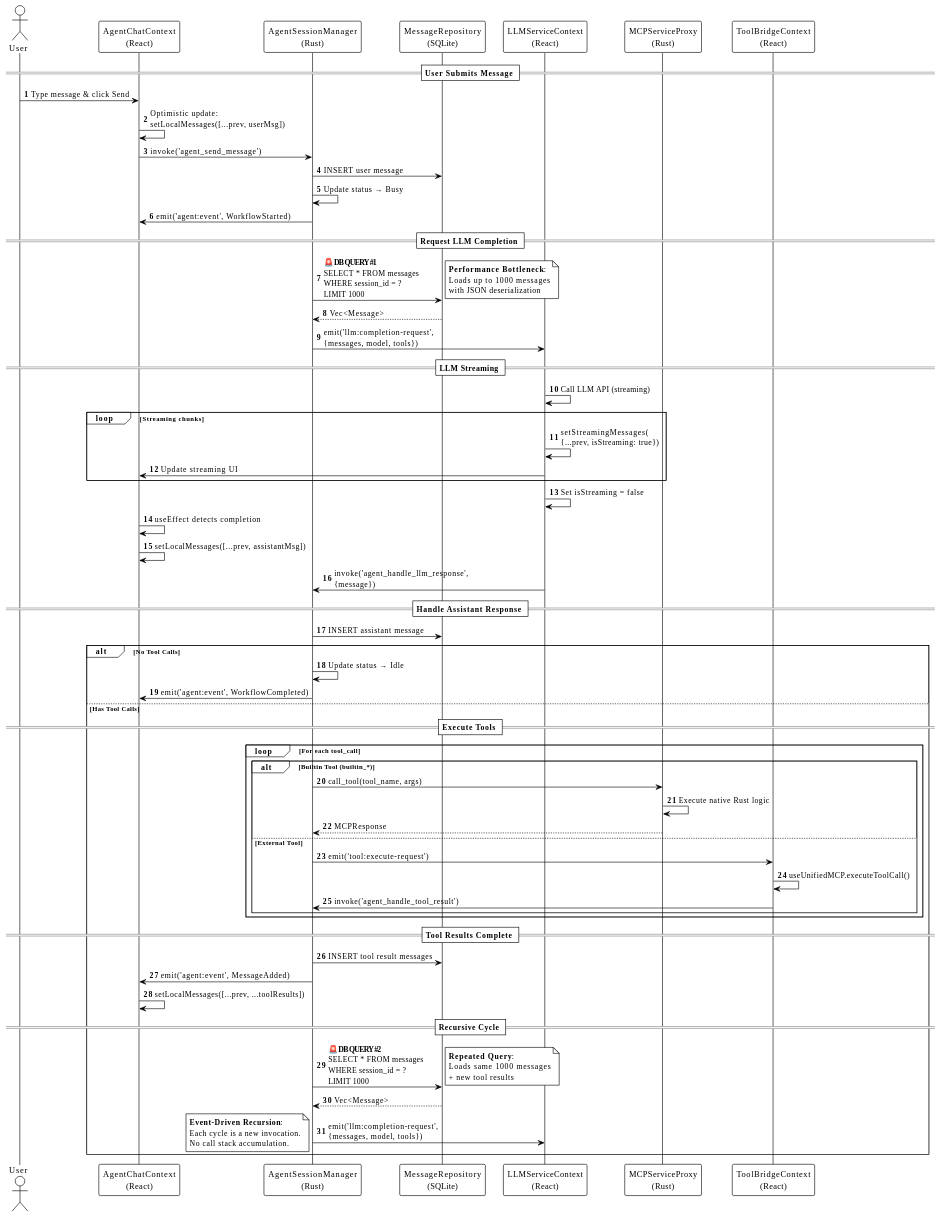
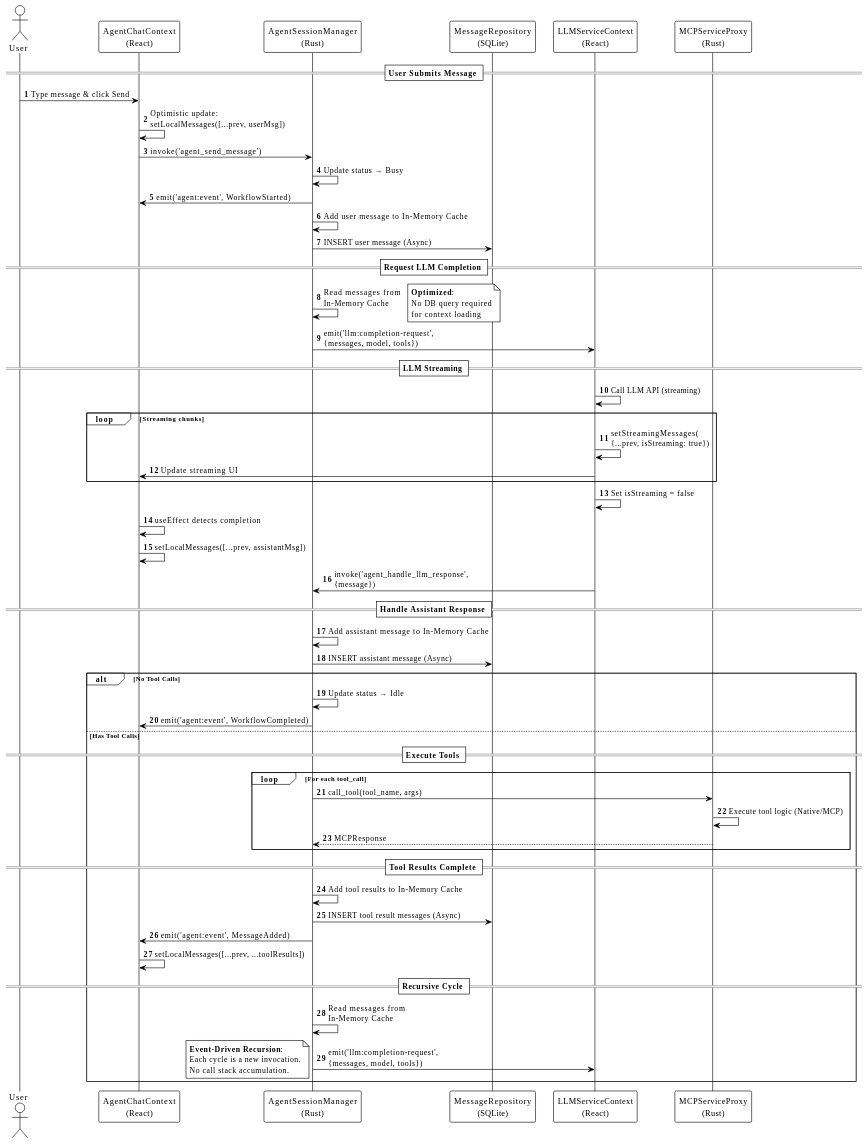
Before and after one commit to fritzprix/libr-agent: the second of 4 diagrams in docs/architecture/agent-workflow-architecture.md, drawn with PlantUML. The commit also changed other lines of this file and 12 other files, not shown here.

Commit message:
docs: add browser error handling and agent workflow architecture documentation.

```diff
--- a/docs/architecture/agent-workflow-architecture.md
+++ b/docs/architecture/agent-workflow-architecture.md
@@ -134,24 +128,23 @@
 participant "MessageRepository\n(SQLite)" as MsgRepo
 participant "LLMServiceContext\n(React)" as LLMCtx
 participant "MCPServiceProxy\n(Rust)" as MCP
-participant "ToolBridgeContext\n(React)" as ToolCtx
 
 == User Submits Message ==
 User -> ChatCtx: Type message & click Send
 ChatCtx -> ChatCtx: Optimistic update:\nsetLocalMessages([...prev, userMsg])
 ChatCtx -> ASM: invoke('agent_send_message')
-ASM -> MsgRepo: INSERT user message
 ASM -> ASM: Update status → Busy
 ASM -> ChatCtx: emit('agent:event', WorkflowStarted)
+ASM -> ASM: Add user message to In-Memory Cache
+ASM -> MsgRepo: INSERT user message (Async)
 
 == Request LLM Completion ==
-ASM -> MsgRepo: **🚨 DB QUERY #1**\nSELECT * FROM messages\nWHERE session_id = ?\nLIMIT 1000
+ASM -> ASM: Read messages from\nIn-Memory Cache
 note right
-  **Performance Bottleneck**:
-  Loads up to 1000 messages
-  with JSON deserialization
+  **Optimized**:
+  No DB query required
+  for context loading
 end note
-MsgRepo --> ASM: Vec<Message>
 ASM -> LLMCtx: emit('llm:completion-request',\n{messages, model, tools})
 
 == LLM Streaming ==
@@ -166,37 +159,28 @@
 LLMCtx -> ASM: invoke('agent_handle_llm_response',\n{message})
 
 == Handle Assistant Response ==
-ASM -> MsgRepo: INSERT assistant message
+ASM -> ASM: Add assistant message to In-Memory Cache
+ASM -> MsgRepo: INSERT assistant message (Async)
+
 alt No Tool Calls
   ASM -> ASM: Update status → Idle
   ASM -> ChatCtx: emit('agent:event', WorkflowCompleted)
 else Has Tool Calls
   == Execute Tools ==
   loop For each tool_call
-    alt Builtin Tool (builtin_*)
-      ASM -> MCP: call_tool(tool_name, args)
-      MCP -> MCP: Execute native Rust logic
-      MCP --> ASM: MCPResponse
-    else External Tool
-      ASM -> ToolCtx: emit('tool:execute-request')
-      ToolCtx -> ToolCtx: useUnifiedMCP.executeToolCall()
-      ToolCtx -> ASM: invoke('agent_handle_tool_result')
-    end
+    ASM -> MCP: call_tool(tool_name, args)
+    MCP -> MCP: Execute tool logic (Native/MCP)
+    MCP --> ASM: MCPResponse
   end
 
   == Tool Results Complete ==
-  ASM -> MsgRepo: INSERT tool result messages
+  ASM -> ASM: Add tool results to In-Memory Cache
+  ASM -> MsgRepo: INSERT tool result messages (Async)
   ASM -> ChatCtx: emit('agent:event', MessageAdded)
   ChatCtx -> ChatCtx: setLocalMessages([...prev, ...toolResults])
 
   == Recursive Cycle ==
-  ASM -> MsgRepo: **🚨 DB QUERY #2**\nSELECT * FROM messages\nWHERE session_id = ?\nLIMIT 1000
-  note right
-    **Repeated Query**:
-    Loads same 1000 messages
-    + new tool results
-  end note
-  MsgRepo --> ASM: Vec<Message>
+  ASM -> ASM: Read messages from\nIn-Memory Cache
   ASM -> LLMCtx: emit('llm:completion-request',\n{messages, model, tools})
   note left
     **Event-Driven Recursion**:
```
